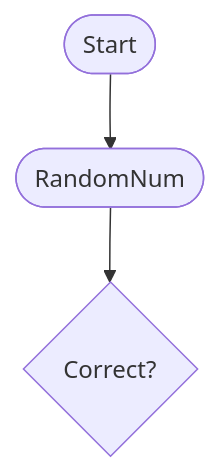
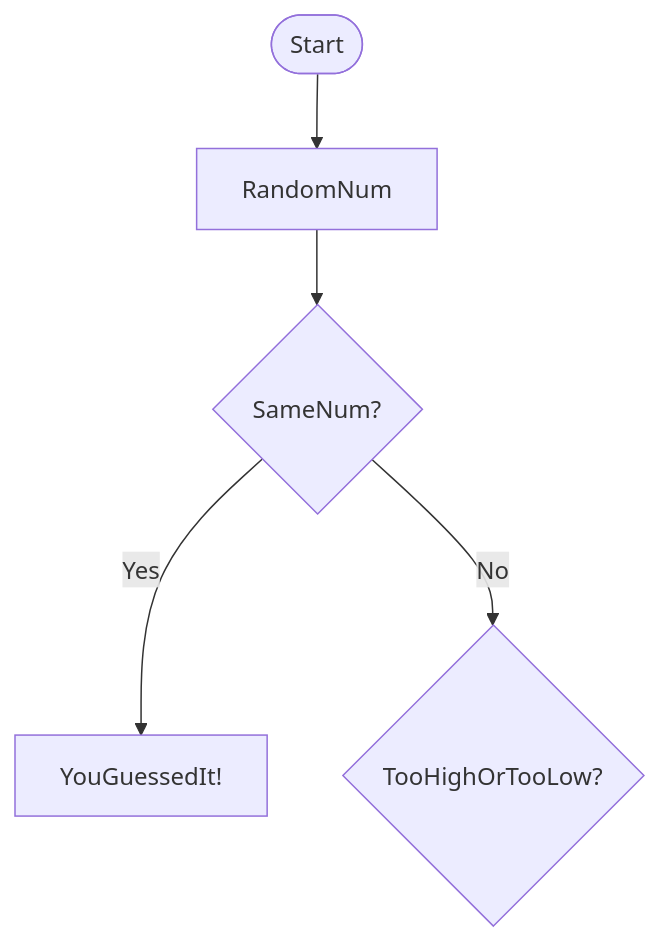
The diagram in README.md (Fate127/Fate127.github.io), drawn with Mermaid before and after one commit.

````diff
--- a/README.md
+++ b/README.md
@@ -22,5 +22,7 @@
 ```mermaid
 flowchart TD
-Start([Start]) --> RandomNum([RandomNum])
-RandomNum([RandomNum]) --> Correct?{Correct?}
+Start([Start]) --> RandomNum[RandomNum]
+RandomNum --> SameNum?{SameNum?}
+SameNum? -- Yes --> YouGuessedIt![YouGuessedIt!]
+SameNum? -- No --> TooHighOrTooLow?{TooHighOrTooLow?}
 ```
````
